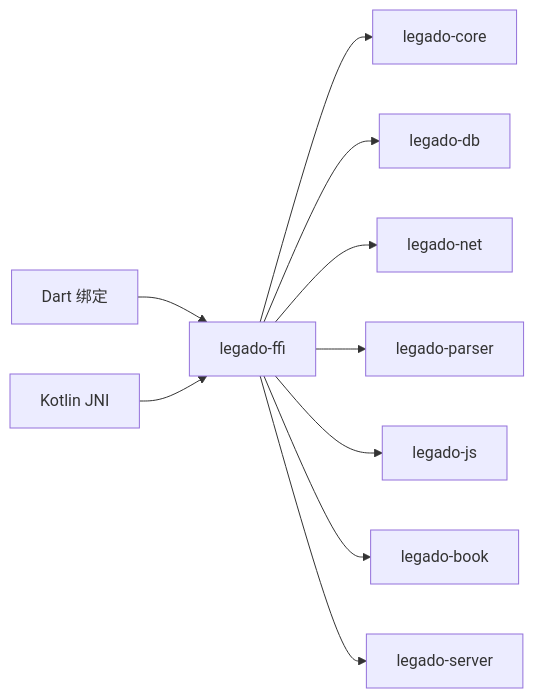
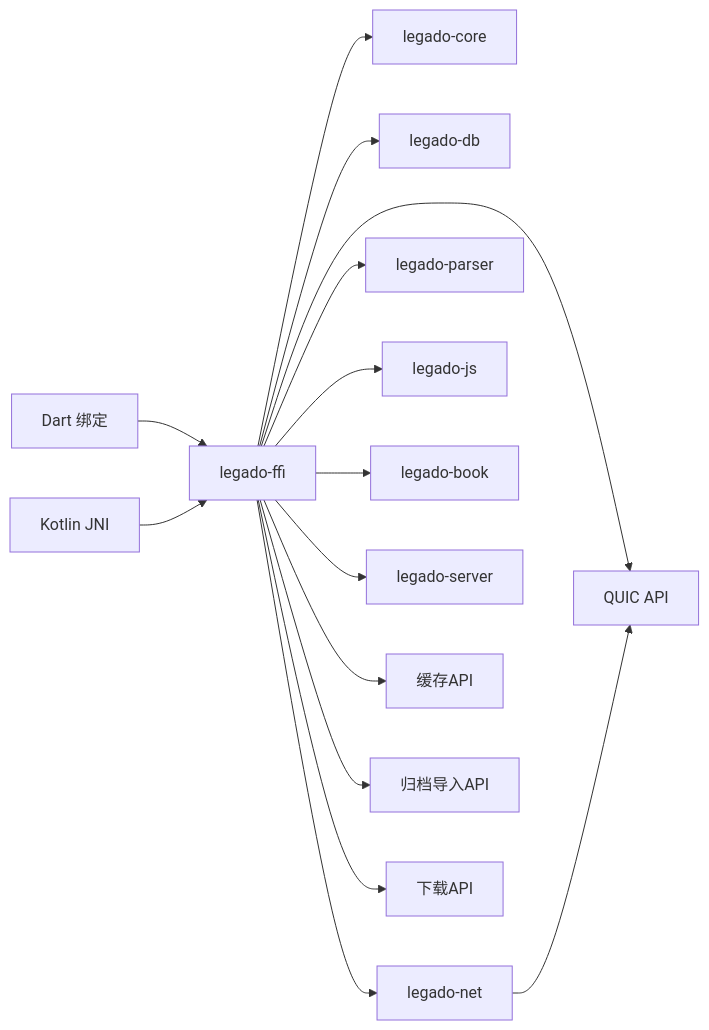
One commit to ZhangGHGitHub/LegadoTeamFlutter changed the fourth of 4 diagrams in .qoder/repowiki/zh/content/API参考/FFI跨语言接口.md. Above: the diagram before and after it, drawn with Mermaid. The commit also changed other lines of this file and 66 other files, not shown here.

````diff
--- a/.qoder/repowiki/zh/content/API参考/FFI跨语言接口.md
+++ b/.qoder/repowiki/zh/content/API参考/FFI跨语言接口.md
@@ -197,12 +323,17 @@
 ```mermaid
 graph LR
 FFI["legado-ffi"] --> Core["legado-core"]
 FFI --> DB["legado-db"]
 FFI --> Net["legado-net"]
 FFI --> Parser["legado-parser"]
 FFI --> JS["legado-js"]
 FFI --> Book["legado-book"]
 FFI --> Server["legado-server"]
+FFI --> CacheAPI["缓存API"]
+FFI --> ArchiveAPI["归档导入API"]
+FFI --> DownloadAPI["下载API"]
+FFI --> QuicAPI["QUIC API"]
 Dart["Dart 绑定"] --> FFI
 Kotlin["Kotlin JNI"] --> FFI
+Net --> QuicAPI
 ```
````
